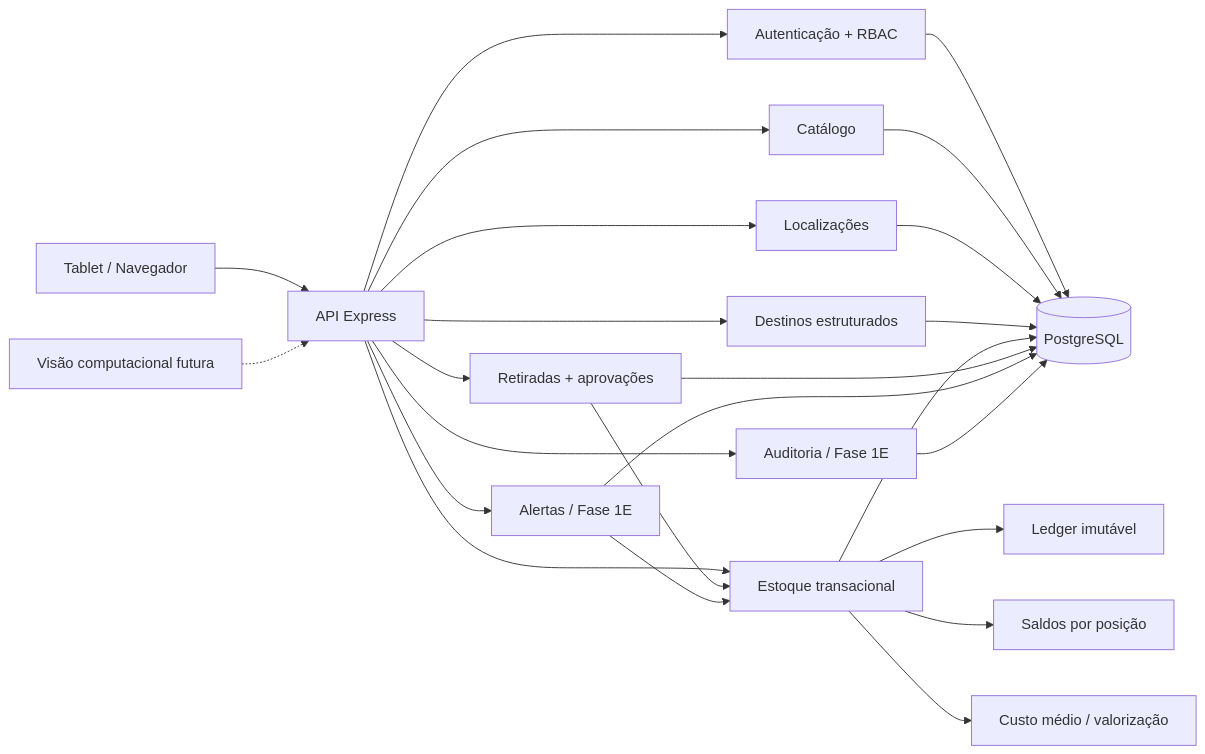
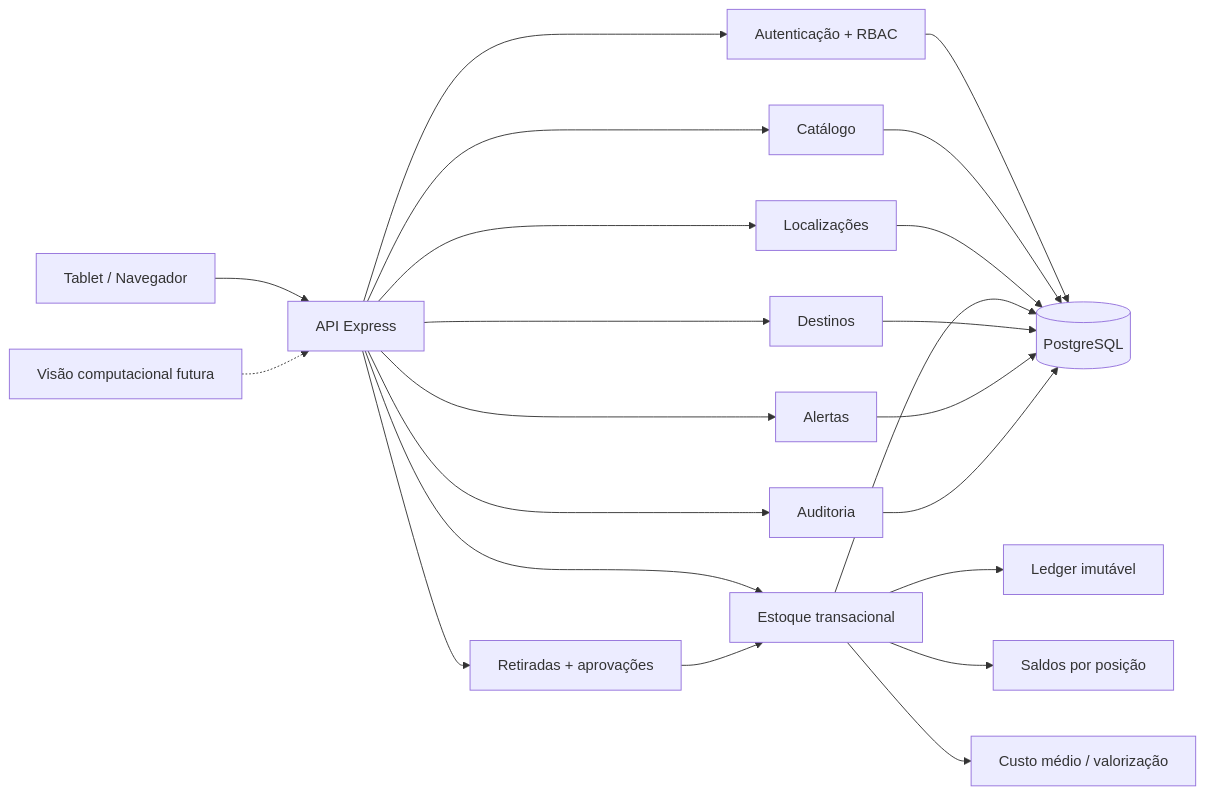
One commit to tombemol/A.L.M.A changed the diagram in README.md. Above: the diagram before and after it, drawn with Mermaid. The commit also changed other lines of this file, not shown here.

Commit message:
docs: concluir Fase 1E no README

````diff
--- a/README.md
+++ b/README.md
@@ -80,26 +77,24 @@
 ```mermaid
 flowchart LR
   T[Tablet / Navegador] --> API[API Express]
   API --> AUTH[Autenticação + RBAC]
   API --> CAT[Catálogo]
   API --> LOC[Localizações]
   API --> INV[Estoque transacional]
-  API --> DEST[Destinos estruturados]
+  API --> DEST[Destinos]
   API --> WD[Retiradas + aprovações]
-  API --> ALT[Alertas / Fase 1E]
-  API --> AUD[Auditoria / Fase 1E]
+  API --> ALT[Alertas]
+  API --> AUD[Auditoria]
   AUTH --> DB[(PostgreSQL)]
   CAT --> DB
   LOC --> DB
+  INV --> DB
   DEST --> DB
-  INV --> DB
-  WD --> DB
+  WD --> INV
   ALT --> DB
   AUD --> DB
-  WD --> INV
-  ALT --> INV
   INV --> LEDGER[Ledger imutável]
   INV --> BAL[Saldos por posição]
   INV --> VAL[Custo médio / valorização]
   V[Visão computacional futura] -.-> API
 ```
````
